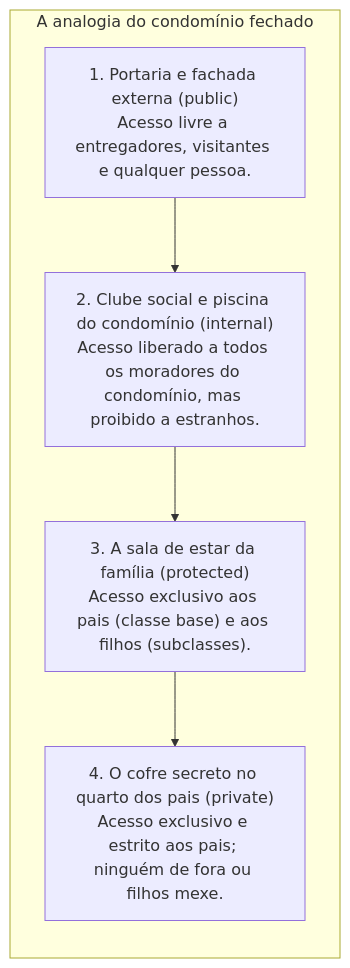
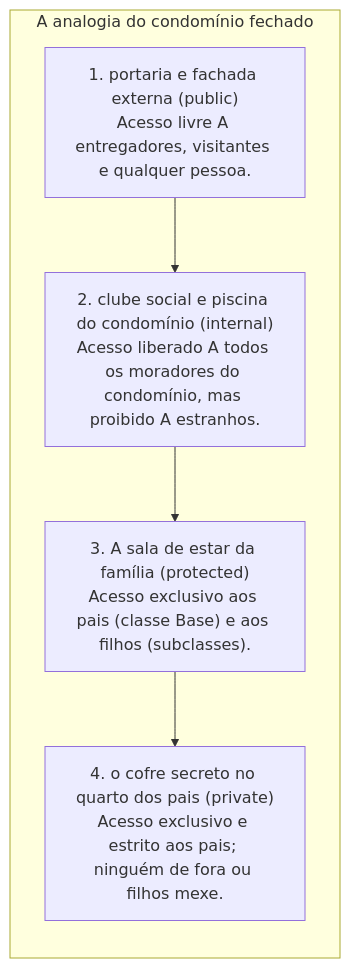
One commit to leorruas/puc changed the second of 5 diagrams in 01. Programacao Modular/12. Modificadores de acesso (visibilidade e níveis de proteção no encapsulamento).md. Above: the diagram before and after it, drawn with Mermaid. The commit also changed other lines of this file and 10 other files, not shown here.

````diff
--- a/01. Programacao Modular/12. Modificadores de acesso (visibilidade e níveis de proteção no encapsulamento).md
+++ b/01. Programacao Modular/12. Modificadores de acesso (visibilidade e níveis de proteção no encapsulamento).md
@@ -63,14 +72,14 @@
 ```mermaid
 flowchart TD
     subgraph Condominio ["A analogia do condomínio fechado"]
         direction TB
-        Portaria["1. Portaria e fachada externa (public)<br>Acesso livre a entregadores, visitantes e qualquer pessoa."]
-        Clube["2. Clube social e piscina do condomínio (internal)<br>Acesso liberado a todos os moradores do condomínio, mas proibido a estranhos."]
-        Casa["3. A sala de estar da família (protected)<br>Acesso exclusivo aos pais (classe base) e aos filhos (subclasses)."]
-        Cofre["4. O cofre secreto no quarto dos pais (private)<br>Acesso exclusivo e estrito aos pais; ninguém de fora ou filhos mexe."]
+        Portaria["1. portaria e fachada externa (public)<br>Acesso livre A entregadores, visitantes e qualquer pessoa."]
+        Clube["2. clube social e piscina do condomínio (internal)<br>Acesso liberado A todos os moradores do condomínio, mas proibido A estranhos."]
+        Casa["3. A sala de estar da família (protected)<br>Acesso exclusivo aos pais (classe Base) e aos filhos (subclasses)."]
+        Cofre["4. o cofre secreto no quarto dos pais (private)<br>Acesso exclusivo e estrito aos pais; ninguém de fora ou filhos mexe."]
 
         Portaria --> Clube
         Clube --> Casa
         Casa --> Cofre
     end
 ```
````
